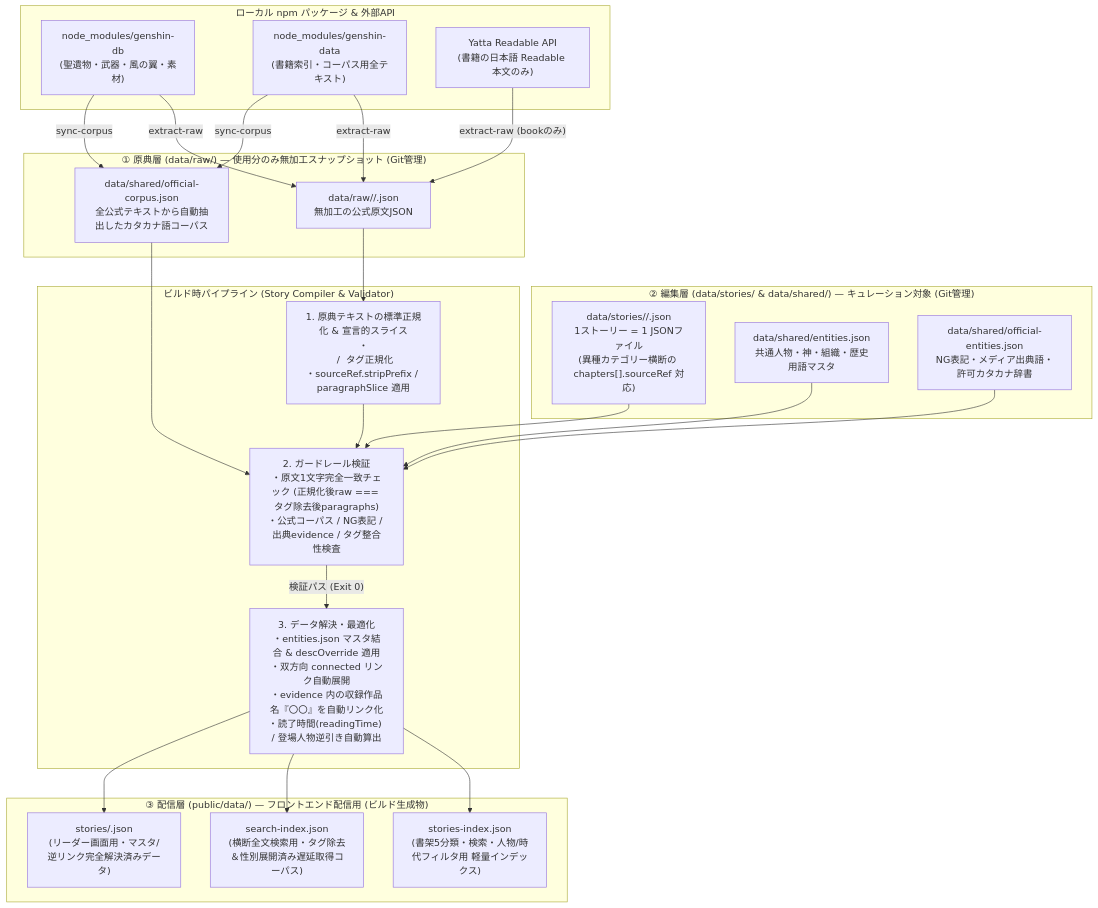
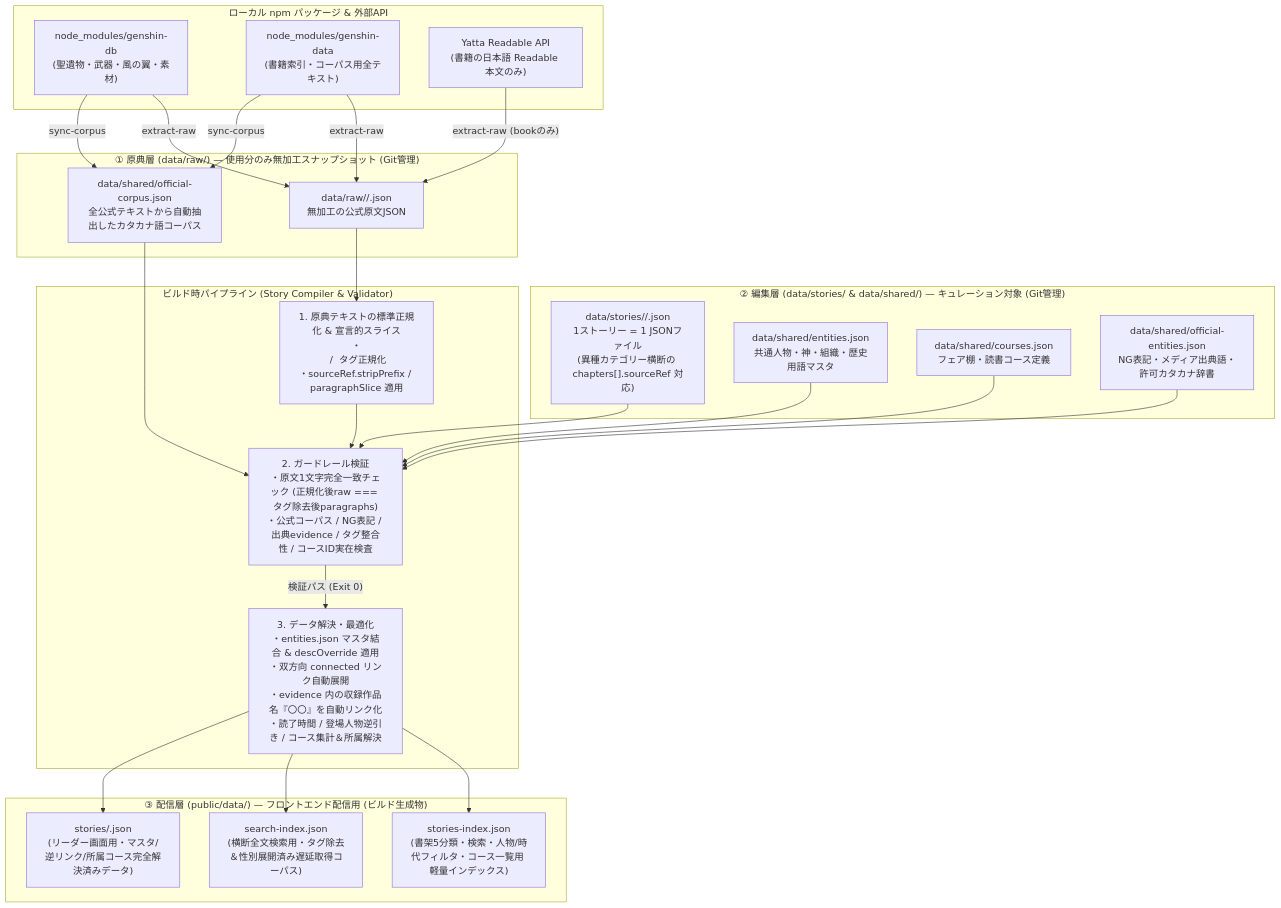
One commit to zyanpoyo/TeyvatLibrary changed the first of 2 diagrams in docs/architecture/DATA_ARCHITECTURE.md. Above: the diagram before and after it, drawn with Mermaid. The commit also changed other lines of this file and 75 other files, not shown here.

First line of the commit message:
feat(courses): フェア棚＆読書コースUI・静的OGP・運用ガードレールを実装

````diff
--- a/docs/architecture/DATA_ARCHITECTURE.md
+++ b/docs/architecture/DATA_ARCHITECTURE.md
@@ -50,47 +50,49 @@
 ```mermaid
 flowchart TD
     subgraph Sources["ローカル npm パッケージ & 外部API"]
         GDB["node_modules/genshin-db<br/>(聖遺物・武器・風の翼・素材)"]
         GDATA["node_modules/genshin-data<br/>(書籍索引・コーパス用全テキスト)"]
         YATTA["Yatta Readable API<br/>(書籍の日本語 Readable 本文のみ)"]
     end
 
     subgraph Layer1["① 原典層 (data/raw/) — 使用分のみ無加工スナップショット (Git管理)"]
         RAW["data/raw/<sourceType>/<rawId>.json<br/>無加工の公式原文JSON"]
         CORPUS["data/shared/official-corpus.json<br/>全公式テキストから自動抽出したカタカナ語コーパス"]
     end
 
     subgraph Layer2["② 編集層 (data/stories/ & data/shared/) — キュレーション対象 (Git管理)"]
         STORY["data/stories/<shelfCategory>/<id>.json<br/>1ストーリー = 1 JSONファイル<br/>(異種カテゴリー横断の chapters[].sourceRef 対応)"]
         ENT["data/shared/entities.json<br/>共通人物・神・組織・歴史用語マスタ"]
+        COURSE["data/shared/courses.json<br/>フェア棚・読書コース定義"]
         DICT["data/shared/official-entities.json<br/>NG表記・メディア出典語・許可カタカナ辞書"]
     end
 
     subgraph Compiler["ビルド時パイプライン (Story Compiler & Validator)"]
         CLEAN["1. 原典テキストの標準正規化 & 宣言的スライス<br/>・<br/> / <color> タグ正規化<br/>・sourceRef.stripPrefix / paragraphSlice 適用"]
-        VAL["2. ガードレール検証<br/>・原文1文字完全一致チェック (正規化後raw === タグ除去後paragraphs)<br/>・公式コーパス / NG表記 / 出典evidence / タグ整合性検査"]
-        BUILD["3. データ解決・最適化<br/>・entities.json マスタ結合 & descOverride 適用<br/>・双方向 connected リンク自動展開<br/>・evidence 内の収録作品名『〇〇』を自動リンク化<br/>・読了時間(readingTime) / 登場人物逆引き自動算出"]
+        VAL["2. ガードレール検証<br/>・原文1文字完全一致チェック (正規化後raw === タグ除去後paragraphs)<br/>・公式コーパス / NG表記 / 出典evidence / タグ整合性 / コースID実在検査"]
+        BUILD["3. データ解決・最適化<br/>・entities.json マスタ結合 & descOverride 適用<br/>・双方向 connected リンク自動展開<br/>・evidence 内の収録作品名『〇〇』を自動リンク化<br/>・読了時間 / 登場人物逆引き / コース集計＆所属解決"]
     end
 
     subgraph Layer3["③ 配信層 (public/data/) — フロントエンド配信用 (ビルド生成物)"]
-        INDEX["stories-index.json<br/>(書架5分類・検索・人物/時代フィルタ用 軽量インデックス)"]
+        INDEX["stories-index.json<br/>(書架5分類・検索・人物/時代フィルタ・コース一覧用 軽量インデックス)"]
         SEARCH["search-index.json<br/>(横断全文検索用・タグ除去＆性別展開済み遅延取得コーパス)"]
-        DETAIL["stories/<id>.json<br/>(リーダー画面用・マスタ/逆リンク完全解決済みデータ)"]
+        DETAIL["stories/<id>.json<br/>(リーダー画面用・マスタ/逆リンク/所属コース完全解決済みデータ)"]
     end
 
     GDB -->|"extract-raw"| RAW
     GDATA -->|"extract-raw"| RAW
     YATTA -->|"extract-raw (bookのみ)"| RAW
     GDB -->|"sync-corpus"| CORPUS
     GDATA -->|"sync-corpus"| CORPUS
     RAW --> CLEAN
     CLEAN --> VAL
     STORY --> VAL
     ENT --> VAL
+    COURSE --> VAL
     DICT --> VAL
     CORPUS --> VAL
     VAL -->|"検証パス (Exit 0)"| BUILD
     BUILD --> INDEX
     BUILD --> SEARCH
     BUILD --> DETAIL
 ```
````
